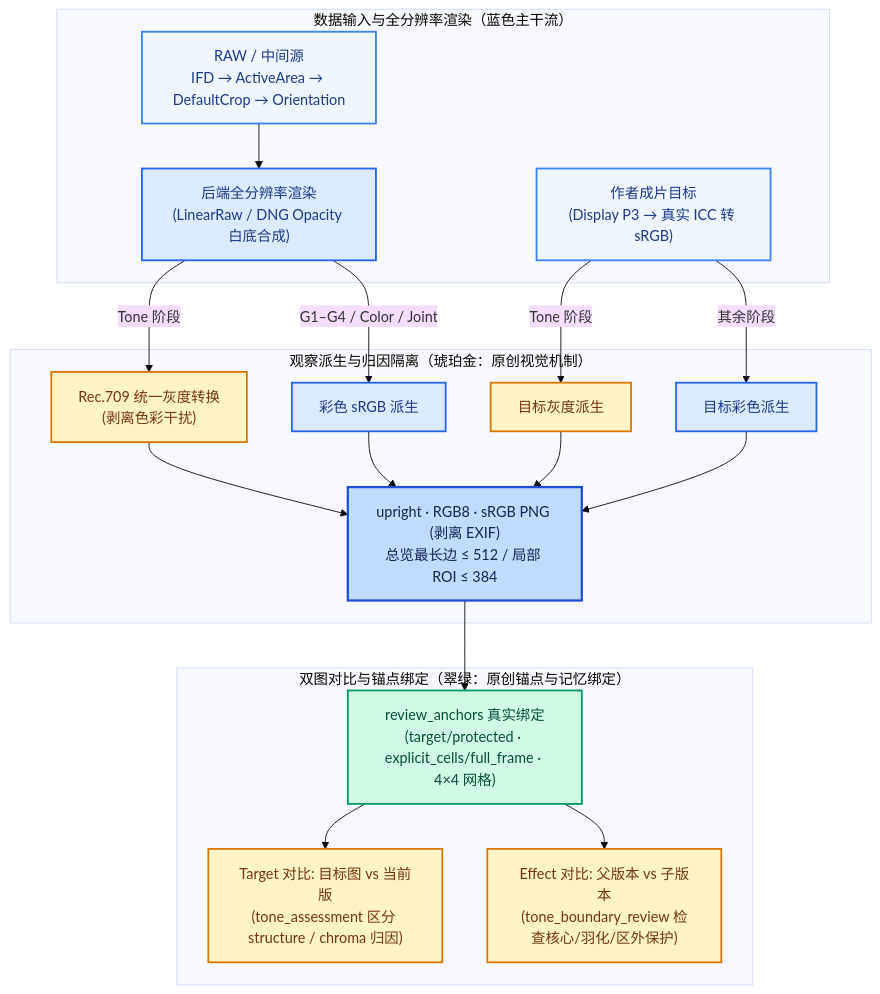
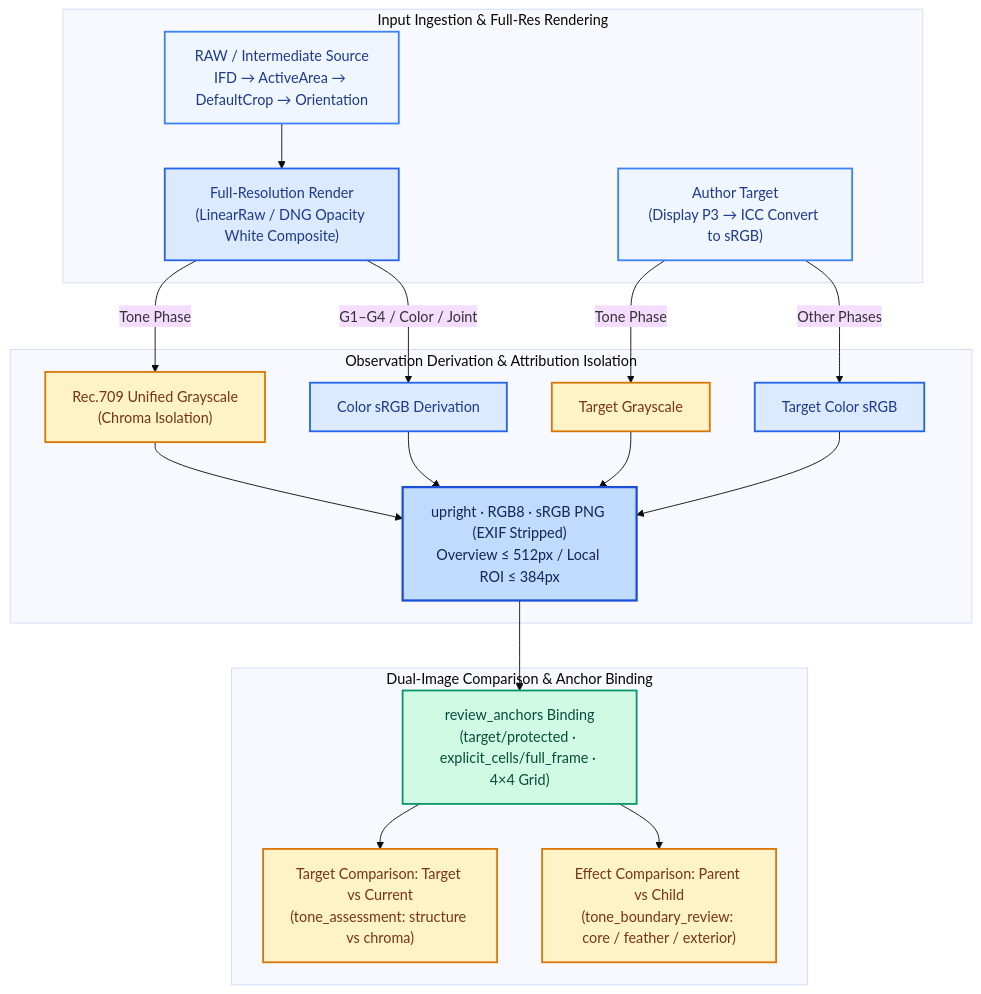
The second of 4 diagrams in README.md (ARCHIC001/RetouchAgain), drawn with Mermaid (base theme) before and after one commit. The commit also changed other lines of this file and 4 other files, not shown here.

````diff
--- a/README.md
+++ b/README.md
@@ -58,27 +58,27 @@
 ```mermaid
 flowchart TB
     classDef flowStart fill:#eff6ff,stroke:#3b82f6,color:#1e3a8a,stroke-width:2px
     classDef flowMid fill:#dbeafe,stroke:#2563eb,color:#1e3a8a,stroke-width:2px
     classDef flowEnd fill:#bfdbfe,stroke:#1d4ed8,color:#172554,stroke-width:2.5px
     classDef origVisual fill:#fef3c7,stroke:#d97706,color:#78350f,stroke-width:2px
     classDef origMemory fill:#d1fae5,stroke:#059669,color:#064e3b,stroke-width:2px
 
-    subgraph Input["数据输入与全分辨率渲染（蓝色主干流）"]
-        RAW["RAW / 中间源<br/>IFD → ActiveArea → DefaultCrop → Orientation"]:::flowStart --> Render["后端全分辨率渲染<br/>(LinearRaw / DNG Opacity 白底合成)"]:::flowMid
-        Target["作者成片目标<br/>(Display P3 → 真实 ICC 转 sRGB)"]:::flowStart
+    subgraph Input["Input Ingestion & Full-Res Rendering"]
+        RAW["RAW / Intermediate Source<br/>IFD → ActiveArea → DefaultCrop → Orientation"]:::flowStart --> Render["Full-Resolution Render<br/>(LinearRaw / DNG Opacity White Composite)"]:::flowMid
+        Target["Author Target<br/>(Display P3 → ICC Convert to sRGB)"]:::flowStart
     end
 
-    subgraph Derive["观察派生与归因隔离（琥珀金：原创视觉机制）"]
-        Render -->|"Tone 阶段"| Gray["Rec.709 统一灰度转换<br/>(剥离色彩干扰)"]:::origVisual
-        Render -->|"G1–G4 / Color / Joint"| RGB["彩色 sRGB 派生"]:::flowMid
-        Target -->|"Tone 阶段"| GrayT["目标灰度派生"]:::origVisual
-        Target -->|"其余阶段"| RGBT["目标彩色派生"]:::flowMid
-        Gray & GrayT & RGB & RGBT --> PNG["upright · RGB8 · sRGB PNG (剥离 EXIF)<br/>总览最长边 ≤ 512 / 局部 ROI ≤ 384"]:::flowEnd
+    subgraph Derive["Observation Derivation & Attribution Isolation"]
+        Render -->|"Tone Phase"| Gray["Rec.709 Unified Grayscale<br/>(Chroma Isolation)"]:::origVisual
+        Render -->|"G1–G4 / Color / Joint"| RGB["Color sRGB Derivation"]:::flowMid
+        Target -->|"Tone Phase"| GrayT["Target Grayscale"]:::origVisual
+        Target -->|"Other Phases"| RGBT["Target Color sRGB"]:::flowMid
+        Gray & GrayT & RGB & RGBT --> PNG["upright · RGB8 · sRGB PNG (EXIF Stripped)<br/>Overview ≤ 512px / Local ROI ≤ 384px"]:::flowEnd
     end
 
-    subgraph Compare["双图对比与锚点绑定（翠绿：原创锚点与记忆绑定）"]
-        PNG --> Anchors["review_anchors 真实绑定<br/>(target/protected · explicit_cells/full_frame · 4×4 网格)"]:::origMemory
-        Anchors --> TargetCmp["Target 对比: 目标图 vs 当前版<br/>(tone_assessment 区分 structure / chroma 归因)"]:::origVisual
-        Anchors --> EffectCmp["Effect 对比: 父版本 vs 子版本<br/>(tone_boundary_review 检查核心/羽化/区外保护)"]:::origVisual
+    subgraph Compare["Dual-Image Comparison & Anchor Binding"]
+        PNG --> Anchors["review_anchors Binding<br/>(target/protected · explicit_cells/full_frame · 4×4 Grid)"]:::origMemory
+        Anchors --> TargetCmp["Target Comparison: Target vs Current<br/>(tone_assessment: structure vs chroma)"]:::origVisual
+        Anchors --> EffectCmp["Effect Comparison: Parent vs Child<br/>(tone_boundary_review: core / feather / exterior)"]:::origVisual
     end
 ```
````
